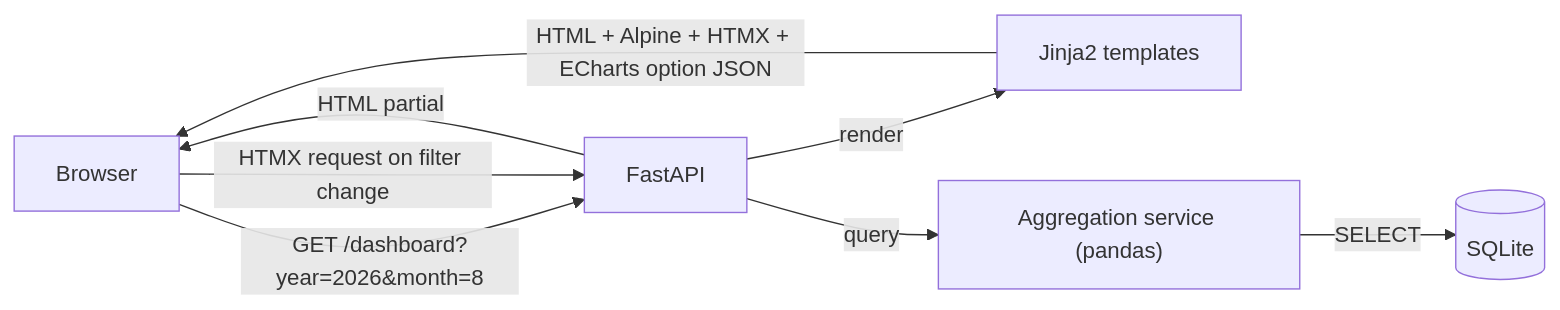
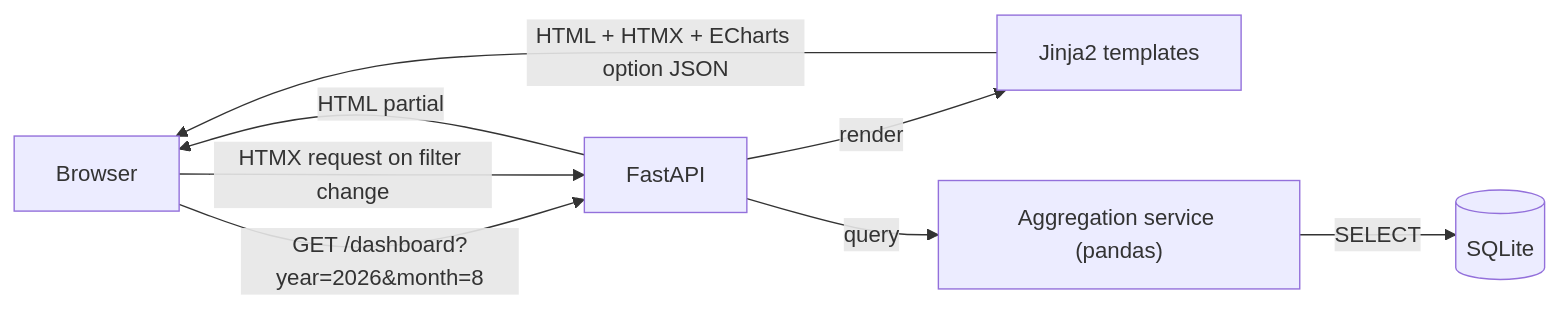
Before and after one commit to CSharplie/spark: the first of 2 diagrams in docs/01-architecture.md, drawn with Mermaid. The commit also changed other lines of this file and 19 other files, not shown here.

````diff
--- a/docs/01-architecture.md
+++ b/docs/01-architecture.md
@@ -67,10 +66,10 @@
 ```mermaid
 flowchart LR
     Browser -- "GET /dashboard?year=2026&month=8" --> FastAPI
     FastAPI -- "render" --> Jinja2["Jinja2 templates"]
-    Jinja2 -- "HTML + Alpine + HTMX + ECharts option JSON" --> Browser
+    Jinja2 -- "HTML + HTMX + ECharts option JSON" --> Browser
     Browser -- "HTMX request on filter change" --> FastAPI
     FastAPI -- "query" --> AggService["Aggregation service (pandas)"]
     AggService -- "SELECT" --> SQLite[(SQLite)]
     FastAPI -- "HTML partial" --> Browser
 ```
````
